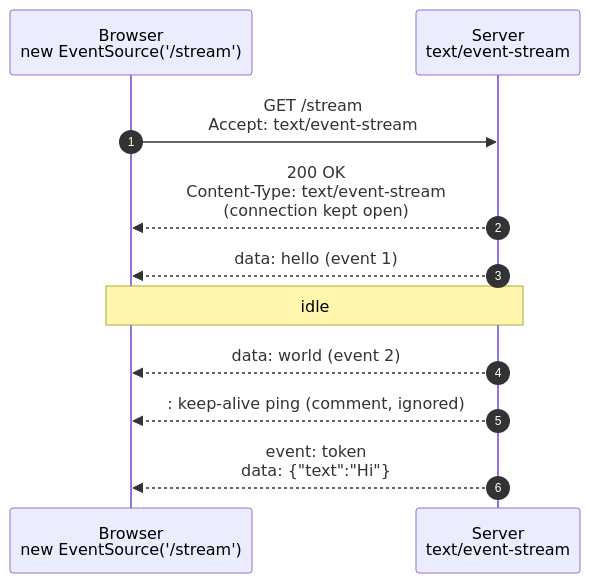
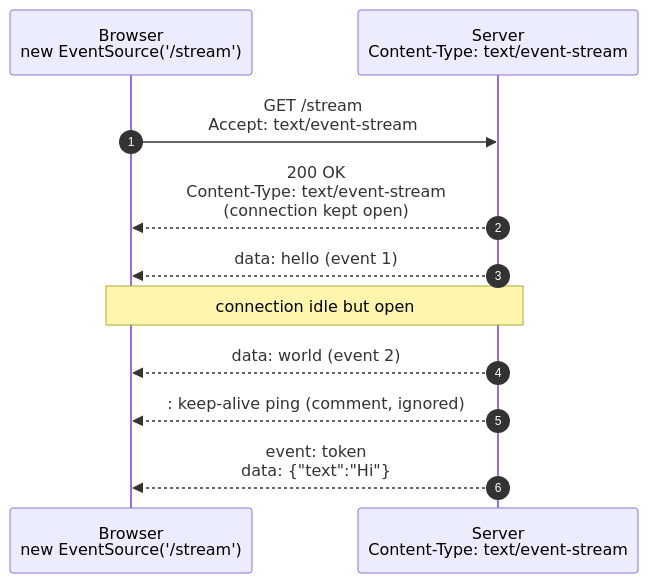
Before and after one commit to fnusatvik07/real-time-events: the first of 2 diagrams in concepts/04_sse.md, drawn with Mermaid. The commit also changed other lines of this file and 7 other files, not shown here.

````diff
--- a/concepts/04_sse.md
+++ b/concepts/04_sse.md
@@ -11,13 +45,13 @@
 ```mermaid
 sequenceDiagram
     autonumber
     participant C as Browser<br/>new EventSource('/stream')
-    participant S as Server<br/>text/event-stream
+    participant S as Server<br/>Content-Type: text/event-stream
     C->>S: GET /stream<br/>Accept: text/event-stream
     S-->>C: 200 OK<br/>Content-Type: text/event-stream<br/>(connection kept open)
     S-->>C: data: hello (event 1)
-    Note over C,S: idle
+    Note over C,S: connection idle but open
     S-->>C: data: world (event 2)
     S-->>C: : keep-alive ping (comment, ignored)
     S-->>C: event: token<br/>data: {"text":"Hi"}
 ```
````
